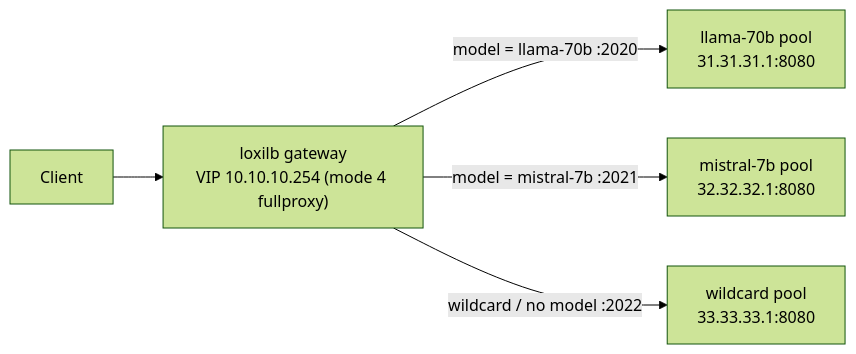
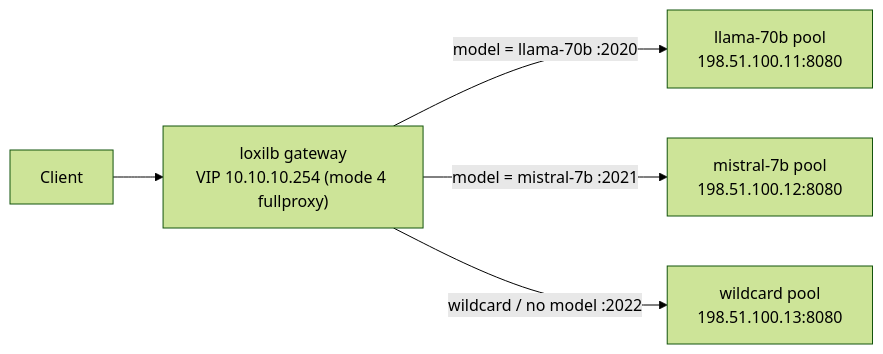
One commit to loxilb-io/loxilbdocs-inference-gateway changed the diagram in docs/getting-started/quickstart.md. Above: the diagram before and after it, drawn with Mermaid (forest theme). The commit also changed other lines of this file and 59 other files, not shown here.

````diff
--- a/docs/getting-started/quickstart.md
+++ b/docs/getting-started/quickstart.md
@@ -30,7 +46,7 @@
 ```mermaid
 flowchart LR
     C[Client] --> V["loxilb gateway<br/>VIP 10.10.10.254 (mode 4 fullproxy)"]
-    V -->|"model = llama-70b :2020"| A["llama-70b pool<br/>31.31.31.1:8080"]
-    V -->|"model = mistral-7b :2021"| B["mistral-7b pool<br/>32.32.32.1:8080"]
-    V -->|"wildcard / no model :2022"| W["wildcard pool<br/>33.33.33.1:8080"]
+    V -->|"model = llama-70b :2020"| A["llama-70b pool<br/>198.51.100.11:8080"]
+    V -->|"model = mistral-7b :2021"| B["mistral-7b pool<br/>198.51.100.12:8080"]
+    V -->|"wildcard / no model :2022"| W["wildcard pool<br/>198.51.100.13:8080"]
 ```
````
